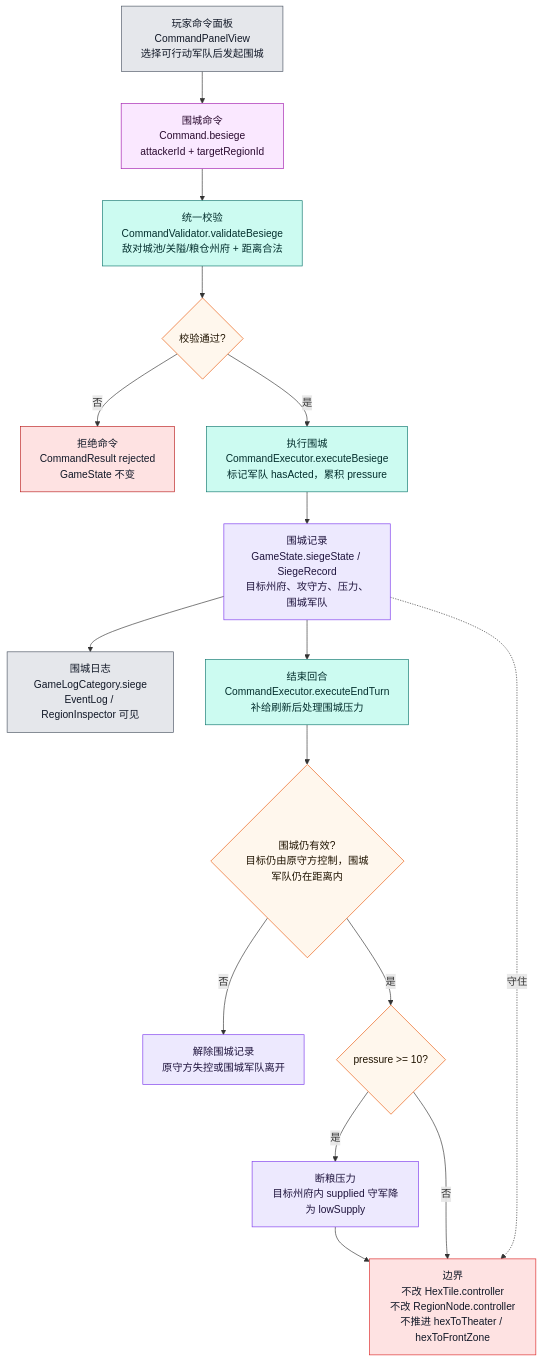
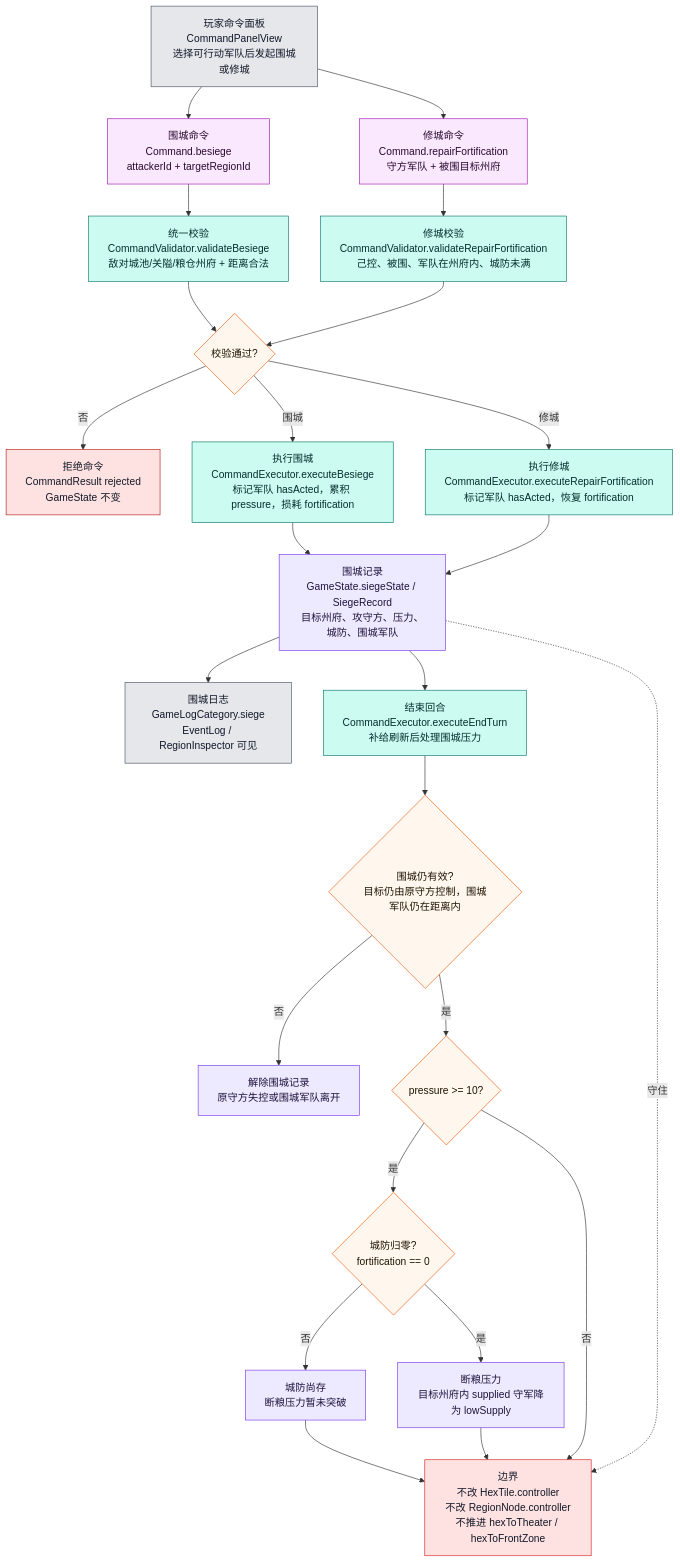
The sixth of 12 diagrams in md/flow/flowchart.md (Altman-sam114/125), drawn with Mermaid before and after one commit. The commit also changed other lines of this file and 15 other files, not shown here.

Commit message:
feat(siege): add Tang Song fortification repair

````diff
--- a/md/flow/flowchart.md
+++ b/md/flow/flowchart.md
@@ -290,35 +290,44 @@
 ```mermaid
 flowchart TD
-    UI["玩家命令面板<br/>CommandPanelView<br/>选择可行动军队后发起围城"]:::ui
+    UI["玩家命令面板<br/>CommandPanelView<br/>选择可行动军队后发起围城或修城"]:::ui
     CMD["围城命令<br/>Command.besiege<br/>attackerId + targetRegionId"]:::command
     VALID["统一校验<br/>CommandValidator.validateBesiege<br/>敌对城池/关隘/粮仓州府 + 距离合法"]:::rules
+    REPAIR["修城命令<br/>Command.repairFortification<br/>守方军队 + 被围目标州府"]:::command
+    RVALID["修城校验<br/>CommandValidator.validateRepairFortification<br/>己控、被围、军队在州府内、城防未满"]:::rules
     PASS{"校验通过?"}:::decision
     REJECT["拒绝命令<br/>CommandResult rejected<br/>GameState 不变"]:::stop
-    EXEC["执行围城<br/>CommandExecutor.executeBesiege<br/>标记军队 hasActed，累积 pressure"]:::rules
-    STATE["围城记录<br/>GameState.siegeState / SiegeRecord<br/>目标州府、攻守方、压力、围城军队"]:::state
+    EXEC["执行围城<br/>CommandExecutor.executeBesiege<br/>标记军队 hasActed，累积 pressure，损耗 fortification"]:::rules
+    REXEC["执行修城<br/>CommandExecutor.executeRepairFortification<br/>标记军队 hasActed，恢复 fortification"]:::rules
+    STATE["围城记录<br/>GameState.siegeState / SiegeRecord<br/>目标州府、攻守方、压力、城防、围城军队"]:::state
     LOG["围城日志<br/>GameLogCategory.siege<br/>EventLog / RegionInspector 可见"]:::ui
     END["结束回合<br/>CommandExecutor.executeEndTurn<br/>补给刷新后处理围城压力"]:::rules
     HOLD{"围城仍有效?<br/>目标仍由原守方控制，围城军队仍在距离内"}:::decision
     LIFT["解除围城记录<br/>原守方失控或围城军队离开"]:::state
     PRESS{"pressure >= 10?"}:::decision
+    WALL{"城防归零?<br/>fortification == 0"}:::decision
+    BLOCK["城防尚存<br/>断粮压力暂未突破"]:::state
     LOW["断粮压力<br/>目标州府内 supplied 守军降为 lowSupply"]:::state
     HEX["边界<br/>不改 HexTile.controller<br/>不改 RegionNode.controller<br/>不推进 hexToTheater / hexToFrontZone"]:::authority
 
     UI --> CMD --> VALID --> PASS
+    UI --> REPAIR --> RVALID --> PASS
     PASS -->|否| REJECT
-    PASS -->|是| EXEC --> STATE --> LOG
+    PASS -->|围城| EXEC --> STATE --> LOG
+    PASS -->|修城| REXEC --> STATE
     STATE --> END --> HOLD
     HOLD -->|否| LIFT
     HOLD -->|是| PRESS
-    PRESS -->|是| LOW --> HEX
+    PRESS -->|是| WALL
+    WALL -->|否| BLOCK --> HEX
+    WALL -->|是| LOW --> HEX
     PRESS -->|否| HEX
     STATE -.守住.-> HEX
 
     classDef ui fill:#e5e7eb,stroke:#4b5563,color:#111827
     classDef command fill:#fae8ff,stroke:#a21caf,color:#2a0a2f
     classDef rules fill:#ccfbf1,stroke:#0f766e,color:#042f2e
     classDef decision fill:#fff7ed,stroke:#ea580c,color:#1f1300
     classDef stop fill:#fee2e2,stroke:#b91c1c,color:#111827
     classDef state fill:#ede9fe,stroke:#7c3aed,color:#1f143d
     classDef authority fill:#fee2e2,stroke:#dc2626,color:#111827
 ```
````
